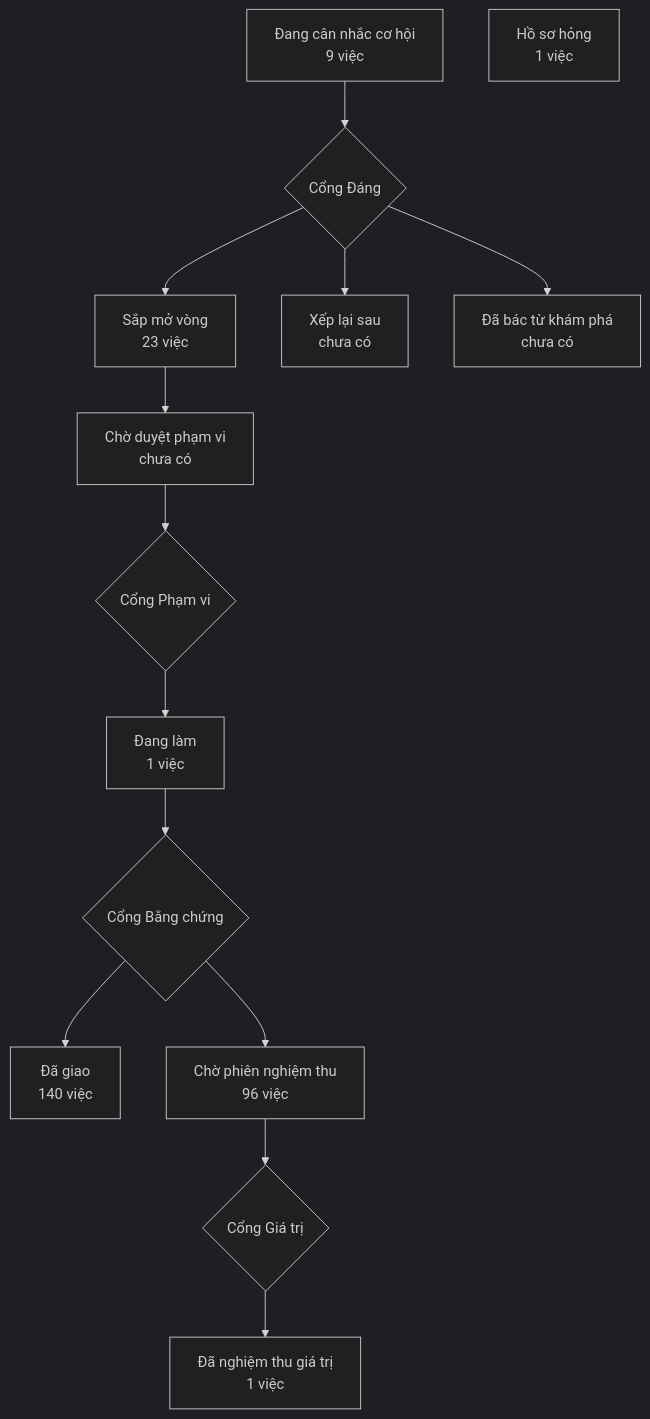
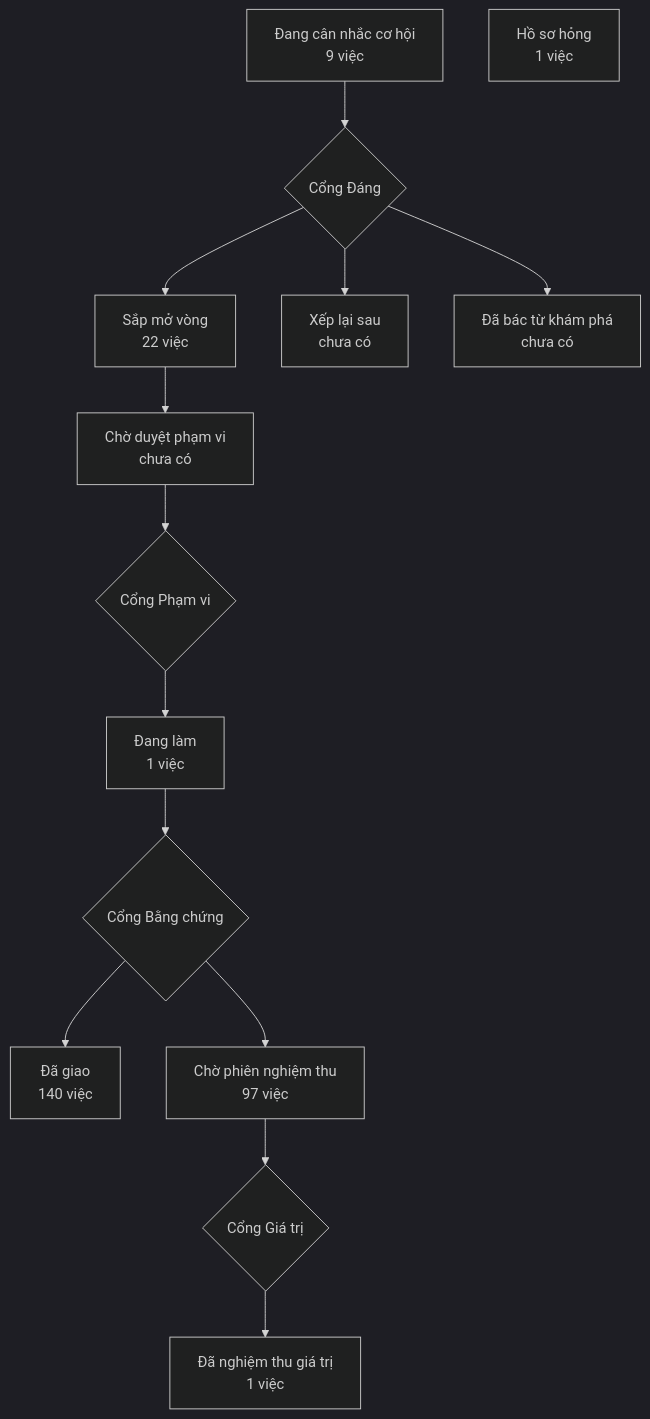
Before and after one commit to phanlemanh/crm-onehub: the diagram in PRODUCT-MAP.md, drawn with Mermaid (dark theme). The commit also changed 5 other files, not shown here.

````diff
--- a/PRODUCT-MAP.md
+++ b/PRODUCT-MAP.md
@@ -7,13 +7,13 @@
 ```mermaid
 flowchart TD
   A["Đang cân nhắc cơ hội<br/>9 việc"] --> GD{"Cổng Đáng"}
-  GD --> B["Sắp mở vòng<br/>23 việc"]
+  GD --> B["Sắp mở vòng<br/>22 việc"]
   GD --> XL["Xếp lại sau<br/>chưa có"]
   GD --> DB["Đã bác từ khám phá<br/>chưa có"]
   B --> CD["Chờ duyệt phạm vi<br/>chưa có"] --> GP{"Cổng Phạm vi"}
   GP --> DL["Đang làm<br/>1 việc"] --> GB{"Cổng Bằng chứng"}
   GB --> DG["Đã giao<br/>140 việc"]
-  GB --> CN["Chờ phiên nghiệm thu<br/>96 việc"] --> GG{"Cổng Giá trị"}
+  GB --> CN["Chờ phiên nghiệm thu<br/>97 việc"] --> GG{"Cổng Giá trị"}
   GG --> NT["Đã nghiệm thu giá trị<br/>1 việc"]
   HS["Hồ sơ hỏng<br/>1 việc"]
 ```
````
